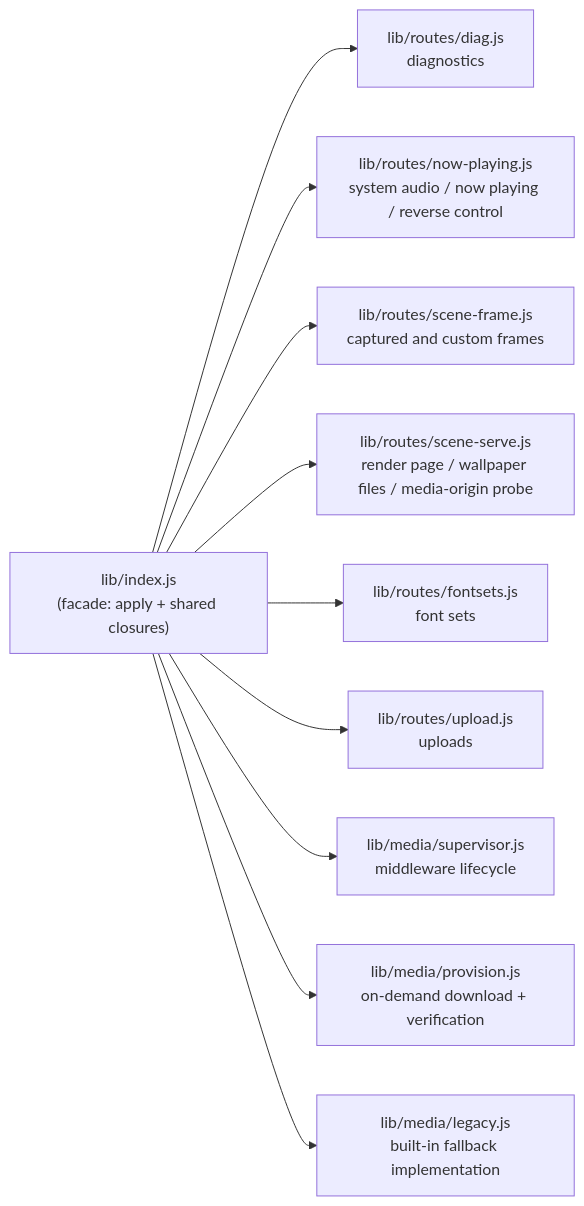
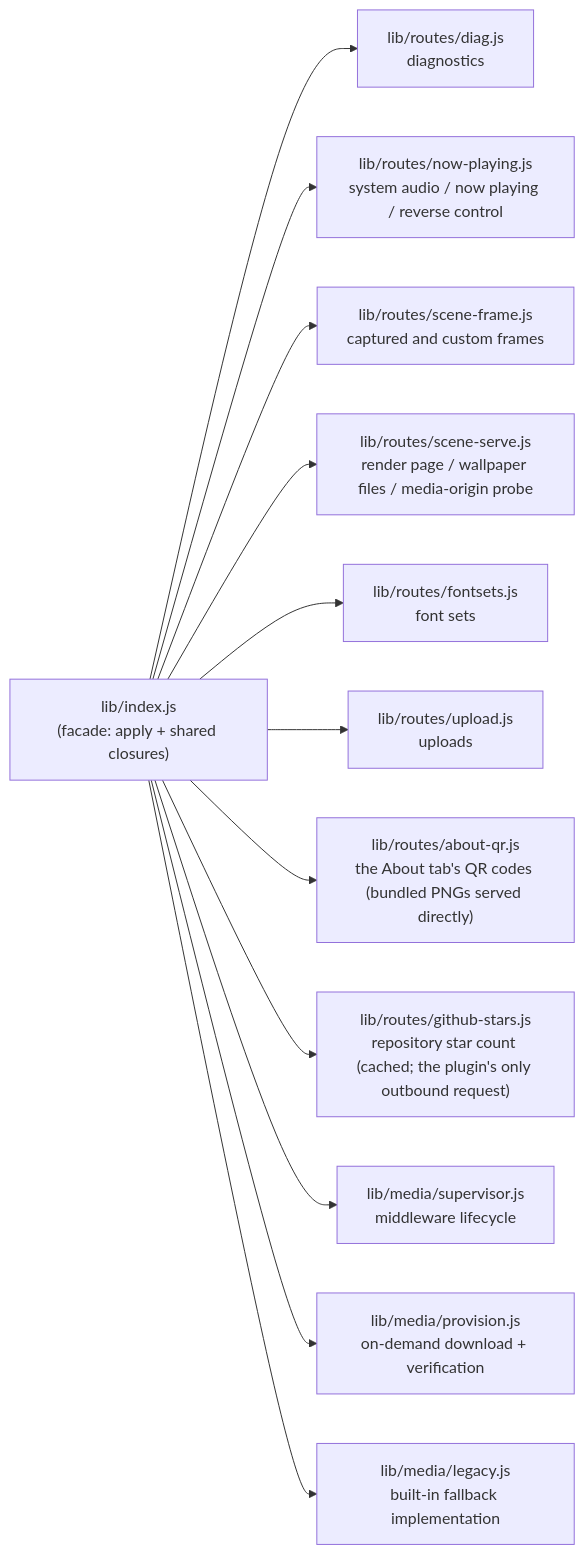
Before and after one commit to YV3507/dsh-wallpaper-engine: the second of 5 diagrams in docs/en/CODE-STRUCTURE.md, drawn with Mermaid. The commit also changed other lines of this file and 77 other files, not shown here.

````diff
--- a/docs/en/CODE-STRUCTURE.md
+++ b/docs/en/CODE-STRUCTURE.md
@@ -121,13 +121,15 @@
 ```mermaid
 graph LR
     IDX["lib/index.js<br/>(facade: apply + shared closures)"]
     IDX --> R1["lib/routes/diag.js<br/>diagnostics"]
     IDX --> R2["lib/routes/now-playing.js<br/>system audio / now playing / reverse control"]
     IDX --> R3["lib/routes/scene-frame.js<br/>captured and custom frames"]
     IDX --> R4["lib/routes/scene-serve.js<br/>render page / wallpaper files / media-origin probe"]
     IDX --> R5["lib/routes/fontsets.js<br/>font sets"]
     IDX --> R6["lib/routes/upload.js<br/>uploads"]
+    IDX --> R7["lib/routes/about-qr.js<br/>the About tab's QR codes (bundled PNGs served directly)"]
+    IDX --> R8["lib/routes/github-stars.js<br/>repository star count (cached; the plugin's only outbound request)"]
     IDX --> M1["lib/media/supervisor.js<br/>middleware lifecycle"]
     IDX --> M2["lib/media/provision.js<br/>on-demand download + verification"]
     IDX --> M3["lib/media/legacy.js<br/>built-in fallback implementation"]
 ```
````
